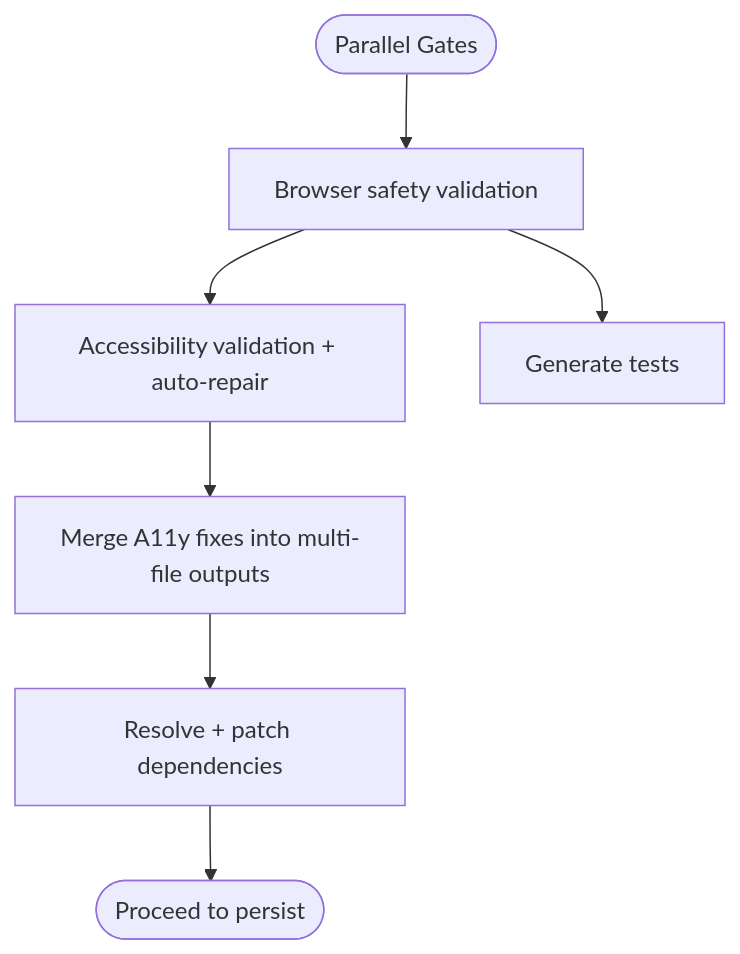
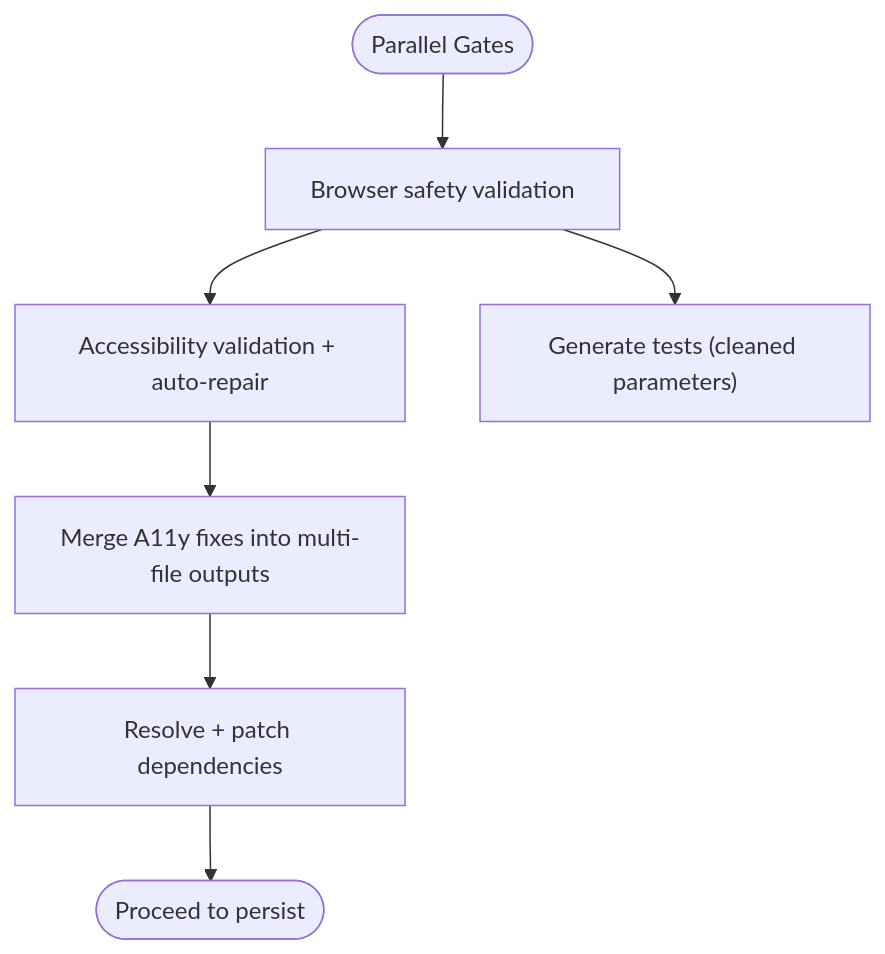
The tenth of 16 diagrams in .qoder/repowiki/en/content/Architecture & Design/Layered Architecture/Business Logic Layer/AI Generation Pipeline.md (shekhargiri005-dotcom/AI-powered-accessibility-first-UI-engine), drawn with Mermaid before and after one commit. The commit also changed other lines of this file and 8 other files, not shown here.

````diff
--- a/.qoder/repowiki/en/content/Architecture & Design/Layered Architecture/Business Logic Layer/AI Generation Pipeline.md
+++ b/.qoder/repowiki/en/content/Architecture & Design/Layered Architecture/Business Logic Layer/AI Generation Pipeline.md
@@ -479,9 +517,9 @@
 ```mermaid
 flowchart TD
 Start(["Parallel Gates"]) --> Safety["Browser safety validation"]
 Safety --> A11y["Accessibility validation + auto-repair"]
-Safety --> Tests["Generate tests"]
+Safety --> Tests["Generate tests (cleaned parameters)"]
 A11y --> Merge["Merge A11y fixes into multi-file outputs"]
 Merge --> Resolve["Resolve + patch dependencies"]
 Resolve --> Done(["Proceed to persist"])
 ```
````
